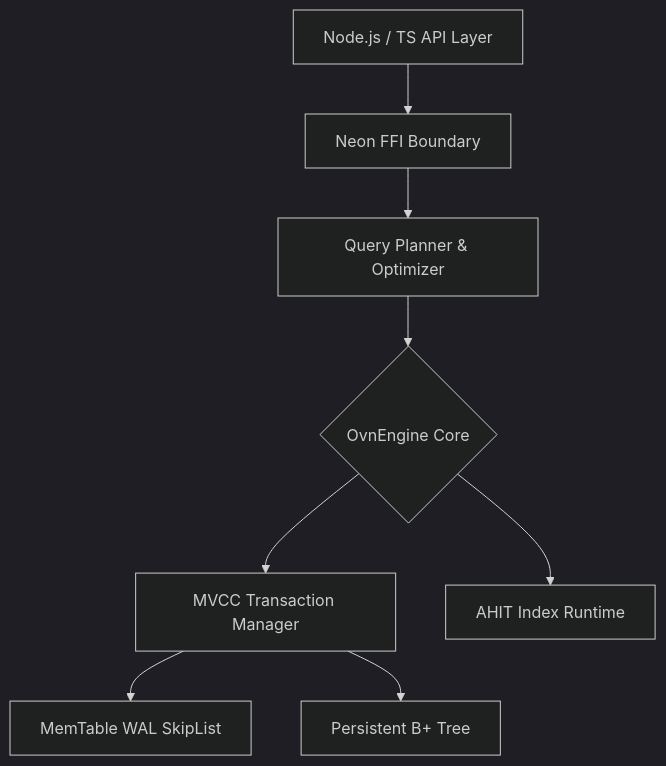
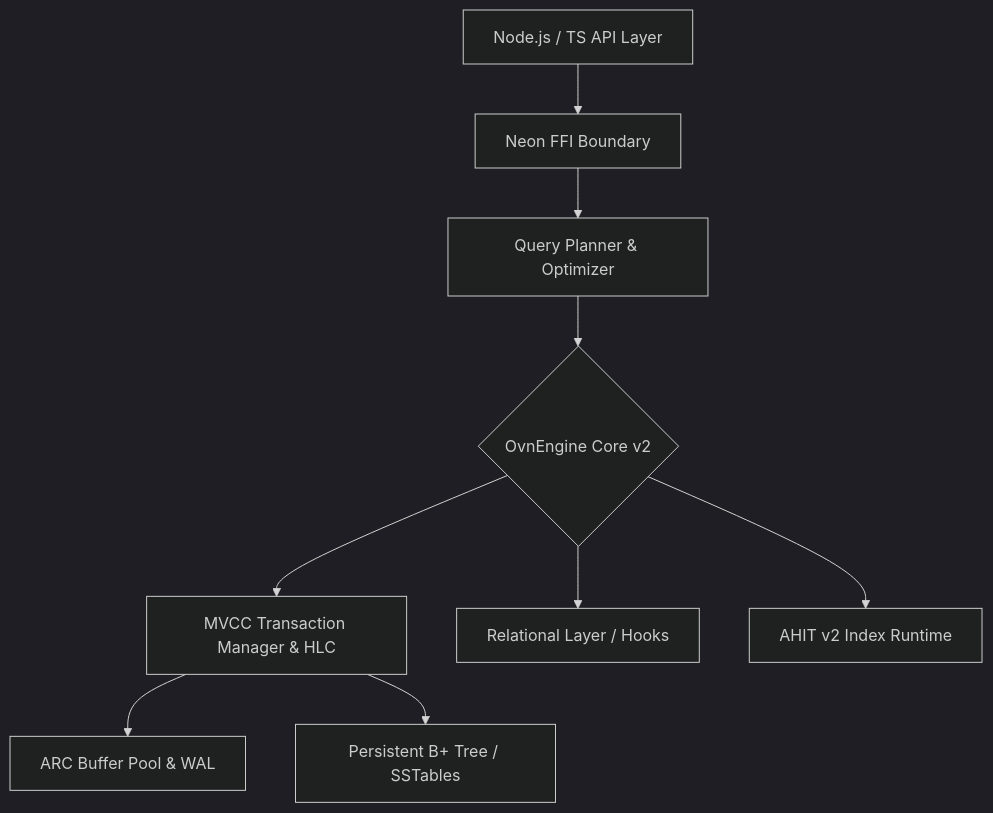
Before and after one commit to Oblivinx/Oblivinx: the diagram in packages/oblivinx3x/README.md, drawn with Mermaid (dark theme). The commit also changed other lines of this file and 86 other files, not shown here.

````diff
--- a/packages/oblivinx3x/README.md
+++ b/packages/oblivinx3x/README.md
@@ -63,12 +64,13 @@
 ```mermaid
 graph TD
     API[Node.js / TS API Layer] --> FFI[Neon FFI Boundary]
     FFI --> Planner[Query Planner & Optimizer]
-    Planner --> Eng{OvnEngine Core}
+    Planner --> Eng{OvnEngine Core v2}
     
-    Eng --> Txn[MVCC Transaction Manager]
-    Eng --> AHIT[AHIT Index Runtime]
+    Eng --> Txn[MVCC Transaction Manager & HLC]
+    Eng --> MRL[Relational Layer / Hooks]
+    Eng --> AHIT[AHIT v2 Index Runtime]
     
-    Txn --> Mem[MemTable WAL SkipList]
-    Txn --> BTree[Persistent B+ Tree]
+    Txn --> Mem[ARC Buffer Pool & WAL]
+    Txn --> BTree[Persistent B+ Tree / SSTables]
 ```
````
